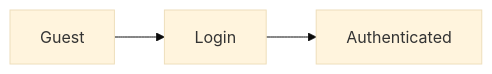
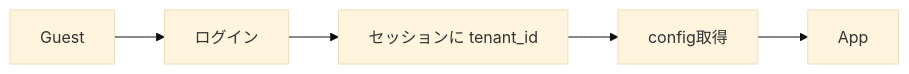
Before and after one commit to Asheze1127/Elith: the second of 4 diagrams in docs/details/screen-flow.md, drawn with Mermaid (base theme). The commit also changed other lines of this file and 9 other files, not shown here.

````diff
--- a/docs/details/screen-flow.md
+++ b/docs/details/screen-flow.md
@@ -46,4 +47,4 @@
 ```mermaid
 flowchart LR
-  Guest --> Login --> Authenticated
+  Guest --> Login[ログイン] --> Resolved[セッションに tenant_id] --> LoadCfg[config取得] --> App
 ```
````
